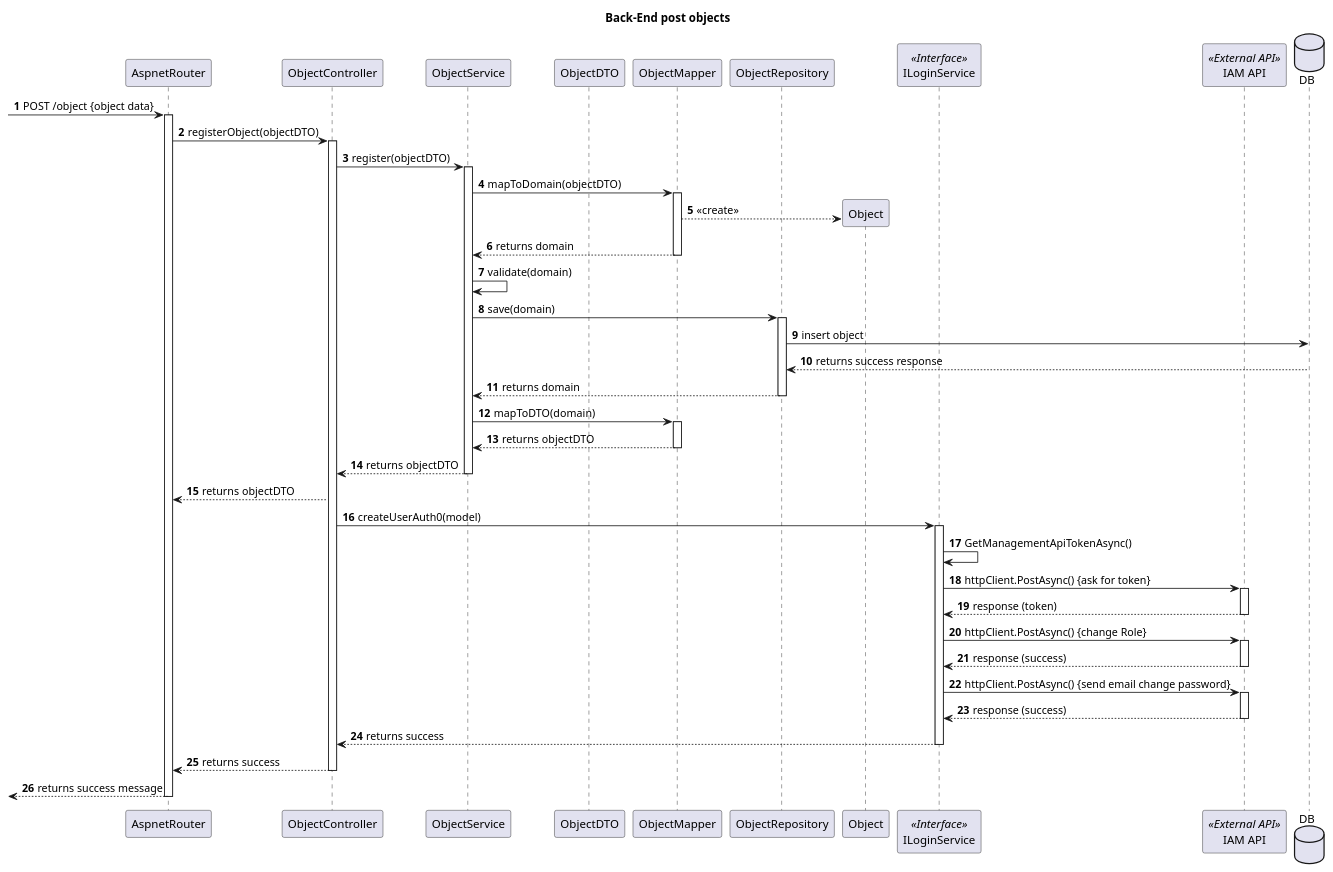
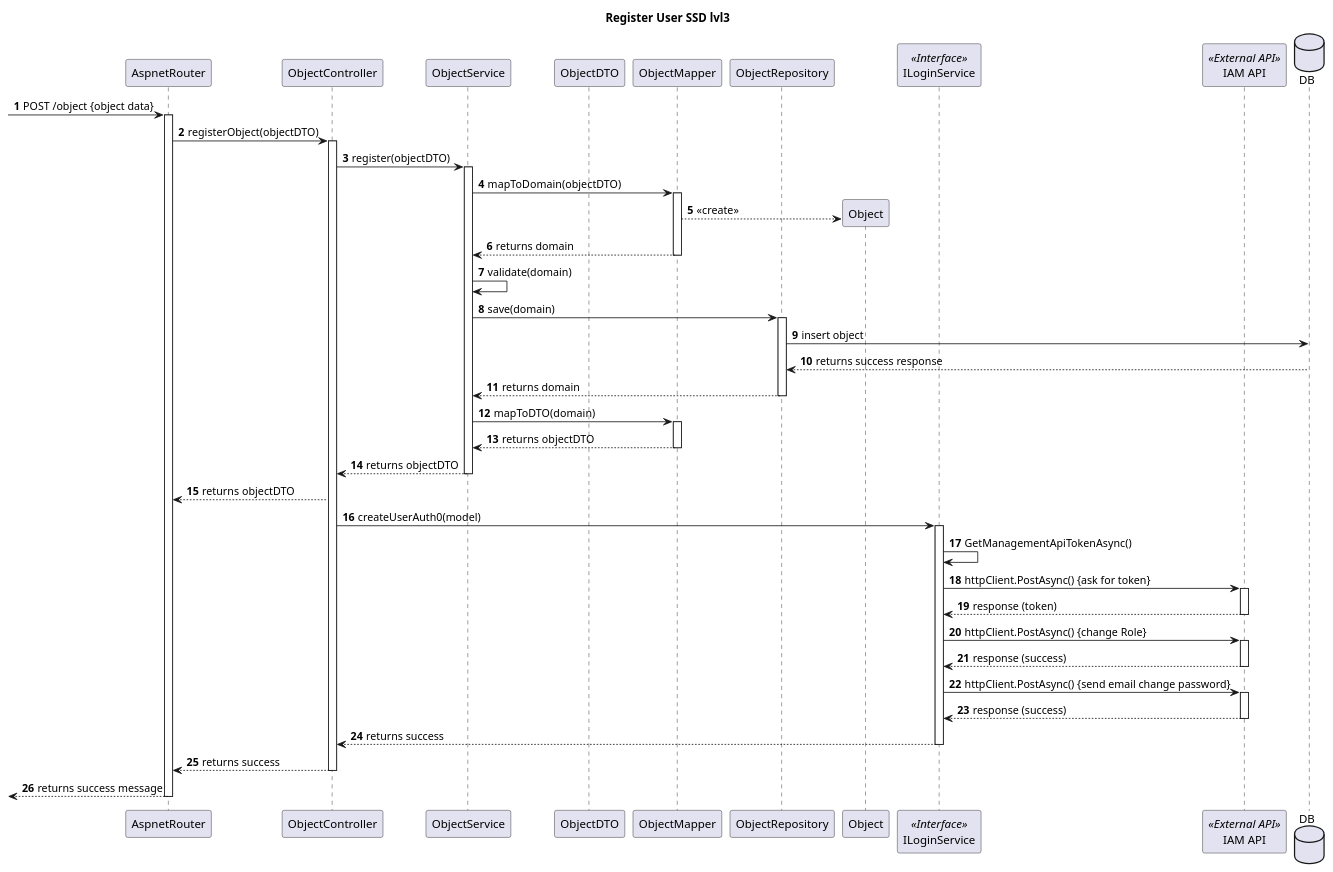
Before and after one commit to AlexandreRibeiro1220647/LAPR5_Backend: the diagram in docs/usecases_documentation/US 5.1.1/lvl3/POSTregister.puml, drawn with PlantUML. The commit also changed 10 other files, not shown here.

```diff
--- a/docs/usecases_documentation/US 5.1.1/lvl3/POSTregister.puml
+++ b/docs/usecases_documentation/US 5.1.1/lvl3/POSTregister.puml
@@ -1,76 +1,76 @@
 @startuml
 autonumber
 skinparam packageStyle rect
 
-title Back-End post objects
+title Register User SSD lvl3
 
 participant AspnetRouter as router
 participant ObjectController as ctrl
 participant ObjectService as service
 participant ObjectDTO as dto
 participant ObjectMapper as mapper
 participant ObjectRepository as repo
 participant Object as domain
 participant ILoginService as LS <<Interface>>
 participant "IAM API" as IAM <<External API>>
 
 database DB
 
 
 -> router: POST /object {object data}
 activate router
 router -> ctrl: registerObject(objectDTO)
 activate ctrl
 ctrl -> service: register(objectDTO)
 activate service
 service -> mapper: mapToDomain(objectDTO)
 activate mapper
 mapper --> domain** : <<create>>
 mapper --> service : returns domain
 deactivate mapper
 service -> service: validate(domain)
 service -> repo: save(domain)
 
 activate repo
 
 repo -> DB: insert object
 repo <-- DB: returns success response
 repo --> service : returns domain
 deactivate repo
 service -> mapper: mapToDTO(domain)
 activate mapper
 mapper --> service : returns objectDTO
 deactivate mapper
 service --> ctrl : returns objectDTO
 
 deactivate service
 ctrl --> router : returns objectDTO
 
 
 ctrl -> LS : createUserAuth0(model)
 activate LS
 LS -> LS : GetManagementApiTokenAsync()
 LS -> IAM : httpClient.PostAsync() {ask for token}
 activate IAM
 IAM --> LS : response (token)
 deactivate IAM
 LS -> IAM : httpClient.PostAsync() {change Role}
 activate IAM
 IAM --> LS : response (success)
 deactivate IAM
 LS -> IAM : httpClient.PostAsync() {send email change password}
 activate IAM
 IAM --> LS : response (success)
 deactivate IAM
 LS --> ctrl : returns success
 deactivate LS
 
 ctrl --> router : returns success
 
 deactivate ctrl
 
 <-- router  : returns success message
 
 deactivate router
 
 @enduml
```
